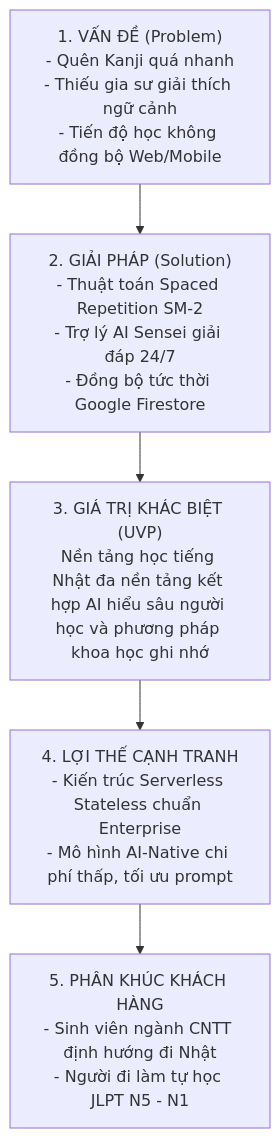
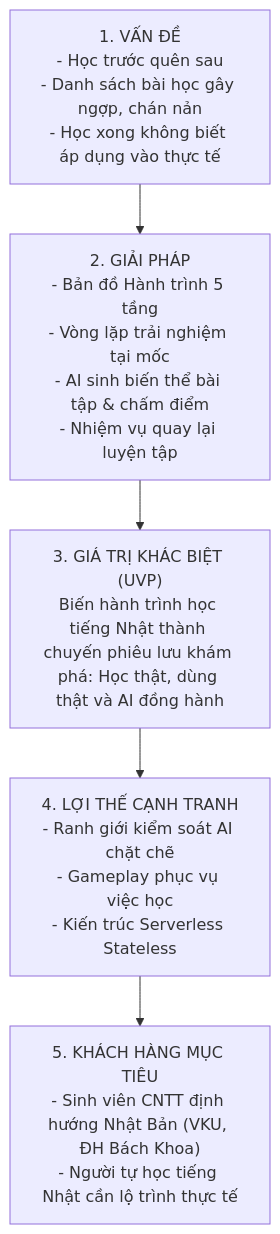
Before and after one commit to Rynnne3125/KIZUNA: the diagram in docs/3.1_PRODUCT_DISCOVERY.md, drawn with Mermaid. The commit also changed other lines of this file and 6 other files, not shown here.

Commit message:
yêu cầu lộ trình học của user

````diff
--- a/docs/3.1_PRODUCT_DISCOVERY.md
+++ b/docs/3.1_PRODUCT_DISCOVERY.md
@@ -30,13 +39,13 @@
 ```mermaid
 graph TD
-    Problem["1. VẤN ĐỀ (Problem)<br>- Quên Kanji quá nhanh<br>- Thiếu gia sư giải thích ngữ cảnh<br>- Tiến độ học không đồng bộ Web/Mobile"]
-    Solution["2. GIẢI PHÁP (Solution)<br>- Thuật toán Spaced Repetition SM-2<br>- Trợ lý AI Sensei giải đáp 24/7<br>- Đồng bộ tức thời Google Firestore"]
-    UVP["3. GIÁ TRỊ KHÁC BIỆT (UVP)<br>Nền tảng học tiếng Nhật đa nền tảng kết hợp AI hiểu sâu người học và phương pháp khoa học ghi nhớ"]
-    Advantage["4. LỢI THẾ CẠNH TRANH<br>- Kiến trúc Serverless Stateless chuẩn Enterprise<br>- Mô hình AI-Native chi phí thấp, tối ưu prompt"]
-    Segments["5. PHÂN KHÚC KHÁCH HÀNG<br>- Sinh viên ngành CNTT định hướng đi Nhật<br>- Người đi làm tự học JLPT N5 - N1"]
+    Problem["1. VẤN ĐỀ<br>- Học trước quên sau<br>- Danh sách bài học gây ngợp, chán nản<br>- Học xong không biết áp dụng vào thực tế"]
+    Solution["2. GIẢI PHÁP<br>- Bản đồ Hành trình 5 tầng<br>- Vòng lặp trải nghiệm tại mốc<br>- AI sinh biến thể bài tập & chấm điểm<br>- Nhiệm vụ quay lại luyện tập"]
+    UVP["3. GIÁ TRỊ KHÁC BIỆT (UVP)<br>Biến hành trình học tiếng Nhật thành chuyến phiêu lưu khám phá: Học thật, dùng thật và AI đồng hành"]
+    Advantage["4. LỢI THẾ CẠNH TRANH<br>- Ranh giới kiểm soát AI chặt chẽ<br>- Gameplay phục vụ việc học<br>- Kiến trúc Serverless Stateless"]
+    Segments["5. KHÁCH HÀNG MỤC TIÊU<br>- Sinh viên CNTT định hướng Nhật Bản (VKU, ĐH Bách Khoa)<br>- Người tự học tiếng Nhật cần lộ trình thực tế"]
 
     Problem --> Solution
     Solution --> UVP
     UVP --> Advantage
     Advantage --> Segments
 ```
````
